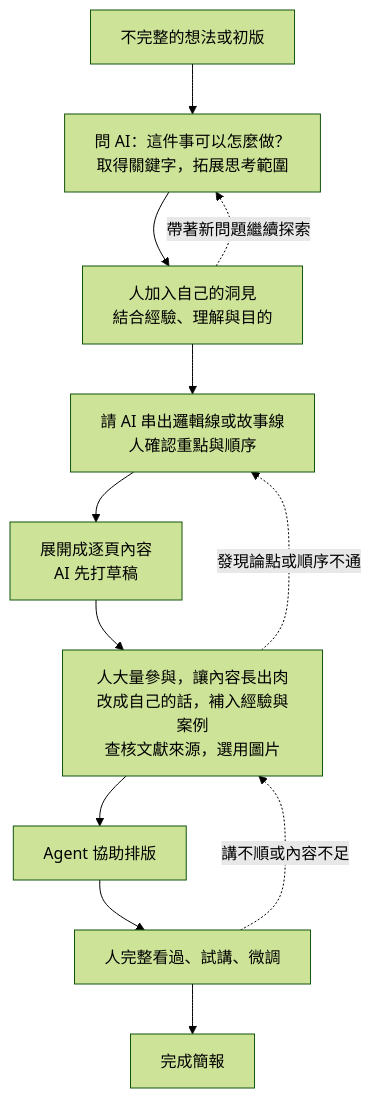
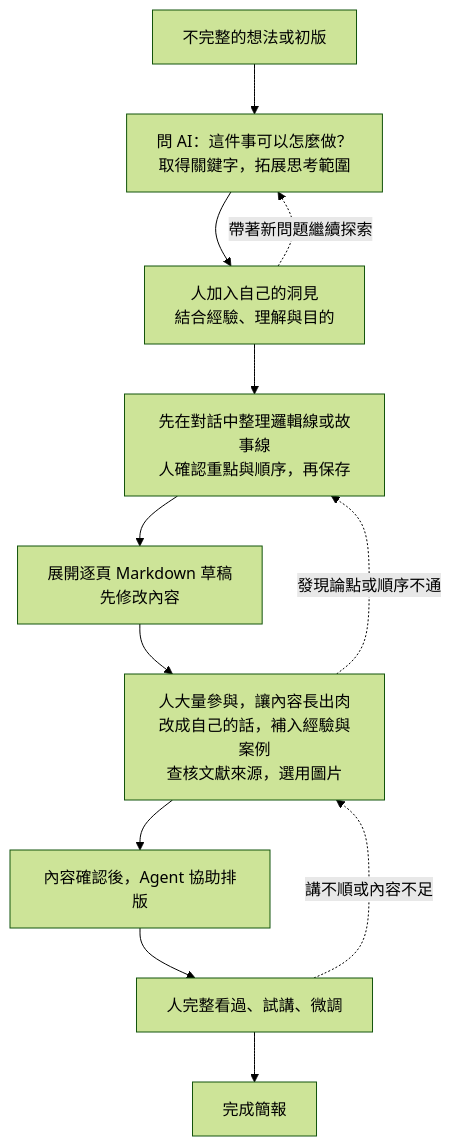
Before and after one commit to jimmy60504/agentic-knowledge-work: the diagram in drafts/02-week2-presentation-lesson-plan.md, drawn with Mermaid (forest theme). The commit also changed other lines of this file and 2 other files, not shown here.

````diff
--- a/drafts/02-week2-presentation-lesson-plan.md
+++ b/drafts/02-week2-presentation-lesson-plan.md
@@ -127,15 +127,15 @@
 ```mermaid
 flowchart TD
     A["不完整的想法或初版"] --> B["問 AI：這件事可以怎麼做？<br/>取得關鍵字，拓展思考範圍"]
     B --> C["人加入自己的洞見<br/>結合經驗、理解與目的"]
-    C --> D["請 AI 串出邏輯線或故事線<br/>人確認重點與順序"]
-    D --> E["展開成逐頁內容<br/>AI 先打草稿"]
+    C --> D["先在對話中整理邏輯線或故事線<br/>人確認重點與順序，再保存"]
+    D --> E["展開逐頁 Markdown 草稿<br/>先修改內容"]
     E --> F["人大量參與，讓內容長出肉<br/>改成自己的話，補入經驗與案例<br/>查核文獻來源，選用圖片"]
-    F --> G["Agent 協助排版"]
+    F --> G["內容確認後，Agent 協助排版"]
     G --> H["人完整看過、試講、微調"]
     H --> I["完成簡報"]
 
     C -. 帶著新問題繼續探索 .-> B
     F -. 發現論點或順序不通 .-> D
     H -. 講不順或內容不足 .-> F
 ```
````
